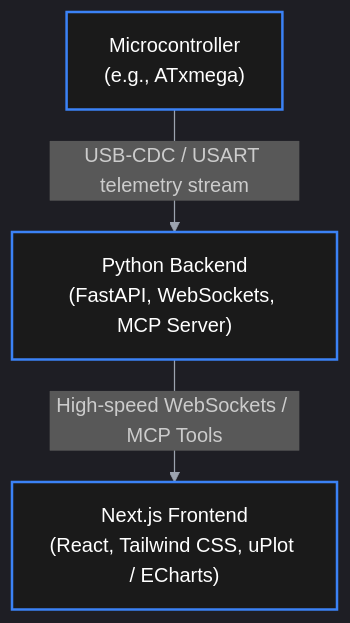
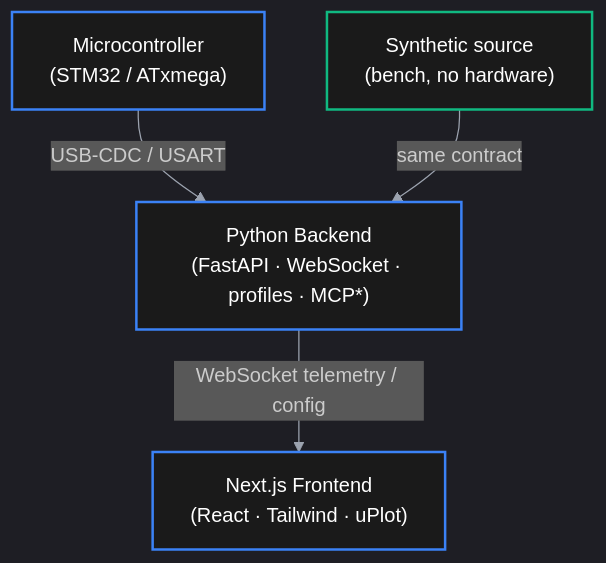
The diagram in README.md (takzen/metal-detector-studio), drawn with Mermaid before and after one commit. The commit also changed other lines of this file and 1 other file, not shown here.

````diff
--- a/README.md
+++ b/README.md
@@ -9,11 +28,13 @@
 ```mermaid
 %%{init: {'theme': 'dark'}}%%
 flowchart TD
-    A["Microcontroller<br>(e.g., ATxmega)"] -->|"USB-CDC / USART telemetry stream"| B["Python Backend<br>(FastAPI, WebSockets, MCP Server)"]
-    B -->|"High-speed WebSockets / MCP Tools"| C["Next.js Frontend<br>(React, Tailwind CSS, uPlot / ECharts)"]
+    A["Microcontroller<br>(STM32 / ATxmega)"] -->|"USB-CDC / USART"| B
+    S["Synthetic source<br>(bench, no hardware)"] -->|"same contract"| B
+    B["Python Backend<br>(FastAPI · WebSocket · profiles · MCP*)"] -->|"WebSocket telemetry / config"| C["Next.js Frontend<br>(React · Tailwind · uPlot)"]
 
     style A fill:#1a1a1a,stroke:#3b82f6,stroke-width:2px,color:#ffffff
+    style S fill:#1a1a1a,stroke:#10b981,stroke-width:2px,color:#ffffff
     style B fill:#1a1a1a,stroke:#3b82f6,stroke-width:2px,color:#ffffff
     style C fill:#1a1a1a,stroke:#3b82f6,stroke-width:2px,color:#ffffff
     linkStyle default stroke:#9ca3af,stroke-width:1px
 ```
````
